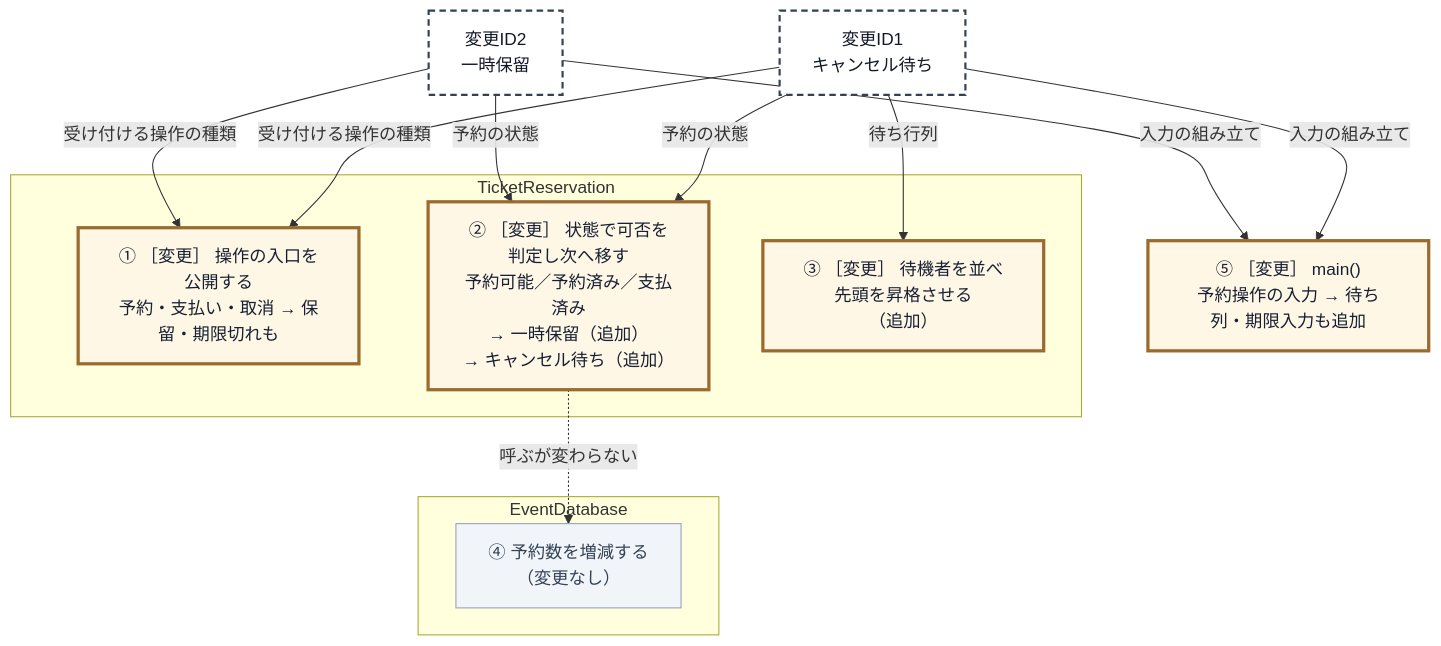
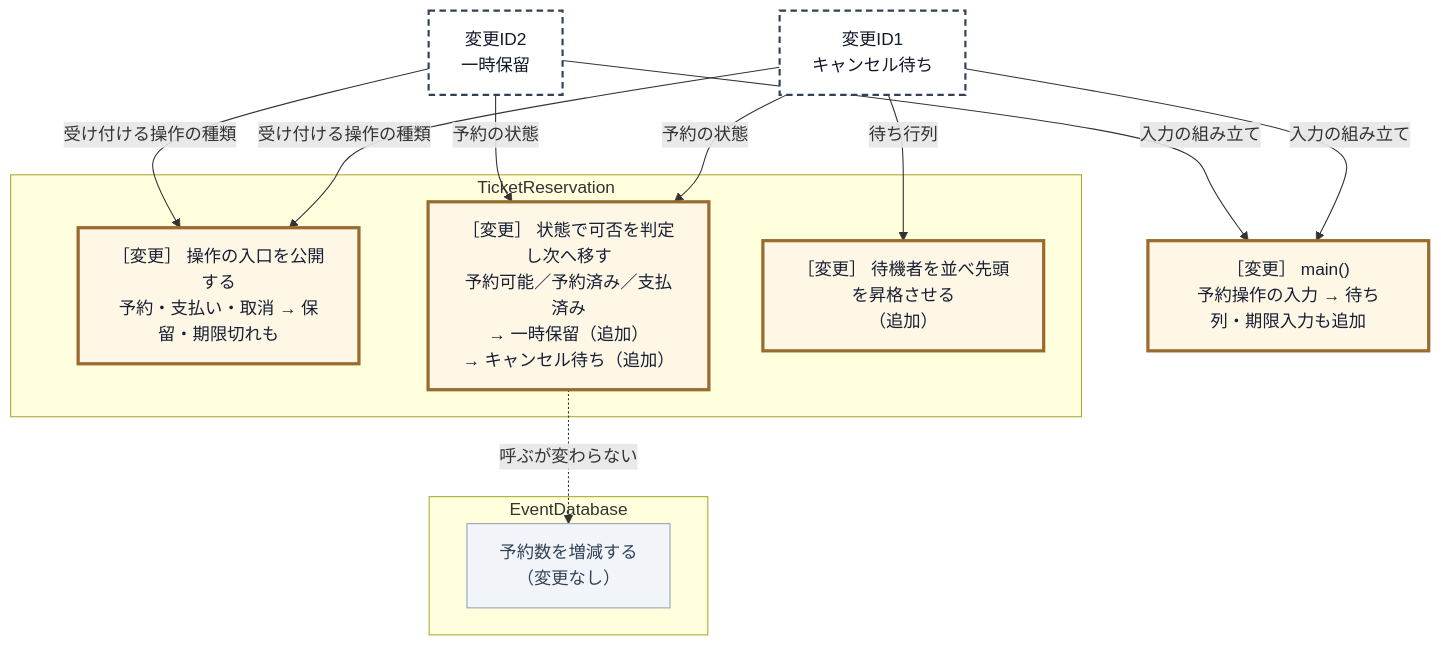
Diagram 11 of 25 in kindle/design-patterns/books/volume01-core-patterns/output/04-chapter02.md (kumachan1101-pixel/DesignPattern), drawn with Mermaid before and after one commit. The commit also changed other lines of this file and 6 other files, not shown here.

````diff
--- a/kindle/design-patterns/books/volume01-core-patterns/output/04-chapter02.md
+++ b/kindle/design-patterns/books/volume01-core-patterns/output/04-chapter02.md
@@ -1367,30 +1377,30 @@
 ```mermaid
 graph TD
     T1["変更ID1<br>キャンセル待ち"]:::req
     T2["変更ID2<br>一時保留"]:::req
 
     subgraph TR["TicketReservation"]
-        R1["① ［変更］ 操作の入口を公開する<br>予約・支払い・取消 → 保留・期限切れも"]:::touched
-        R2["② ［変更］ 状態で可否を判定し次へ移す<br>予約可能／予約済み／支払済み<br>→ 一時保留（追加）<br>→ キャンセル待ち（追加）"]:::touched
-        R3["③ ［変更］ 待機者を並べ先頭を昇格させる<br>（追加）"]:::touched
+        R1["［変更］ 操作の入口を公開する<br>予約・支払い・取消 → 保留・期限切れも"]:::touched
+        R2["［変更］ 状態で可否を判定し次へ移す<br>予約可能／予約済み／支払済み<br>→ 一時保留（追加）<br>→ キャンセル待ち（追加）"]:::touched
+        R3["［変更］ 待機者を並べ先頭を昇格させる<br>（追加）"]:::touched
     end
 
     subgraph EDB["EventDatabase"]
-        D1["④ 予約数を増減する<br>（変更なし）"]:::keep
+        D1["予約数を増減する<br>（変更なし）"]:::keep
     end
 
-    M["⑤ ［変更］ main()<br>予約操作の入力 → 待ち列・期限入力も追加"]:::touched
+    M["［変更］ main()<br>予約操作の入力 → 待ち列・期限入力も追加"]:::touched
 
     T1 -->|"受け付ける操作の種類"| R1
     T1 -->|"予約の状態"| R2
     T1 -->|"待ち行列"| R3
     T1 -->|"入力の組み立て"| M
     T2 -->|"受け付ける操作の種類"| R1
     T2 -->|"予約の状態"| R2
     T2 -->|"入力の組み立て"| M
     R2 -.->|"呼ぶが変わらない"| D1
 
     classDef req fill:#ffffff,stroke:#334155,stroke-width:2px,stroke-dasharray:6 4,color:#111827;
     classDef keep fill:#f1f5f9,stroke:#94a3b8,color:#334155;
     classDef touched fill:#fff7e6,stroke:#9a6b2f,stroke-width:3px,color:#172033;
 ```
````
